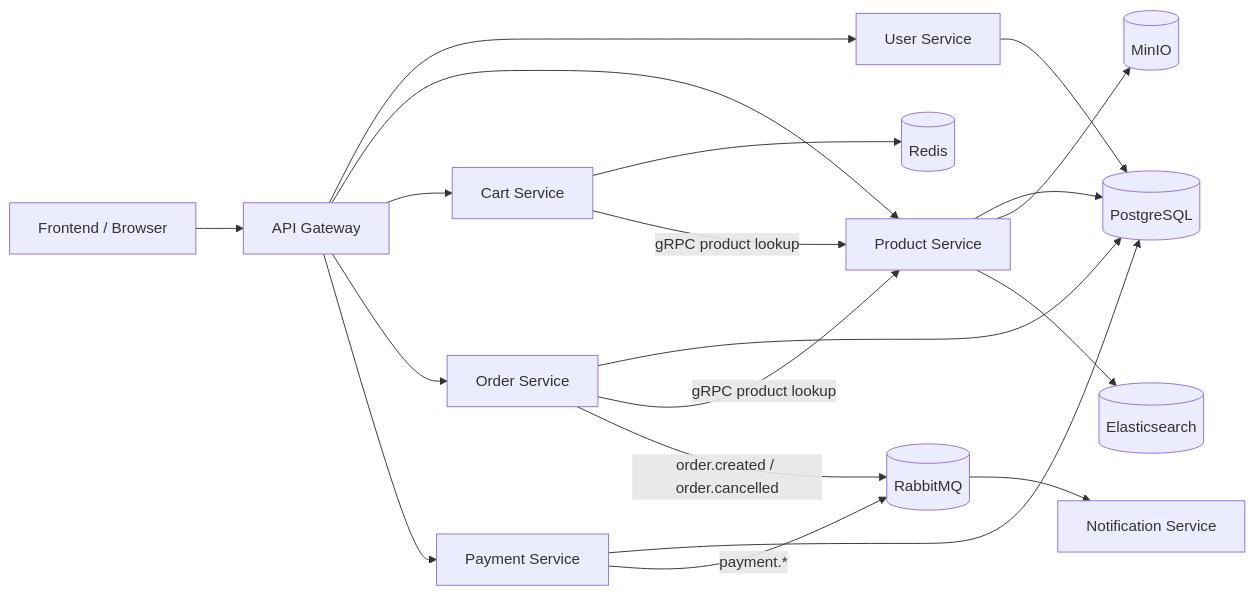
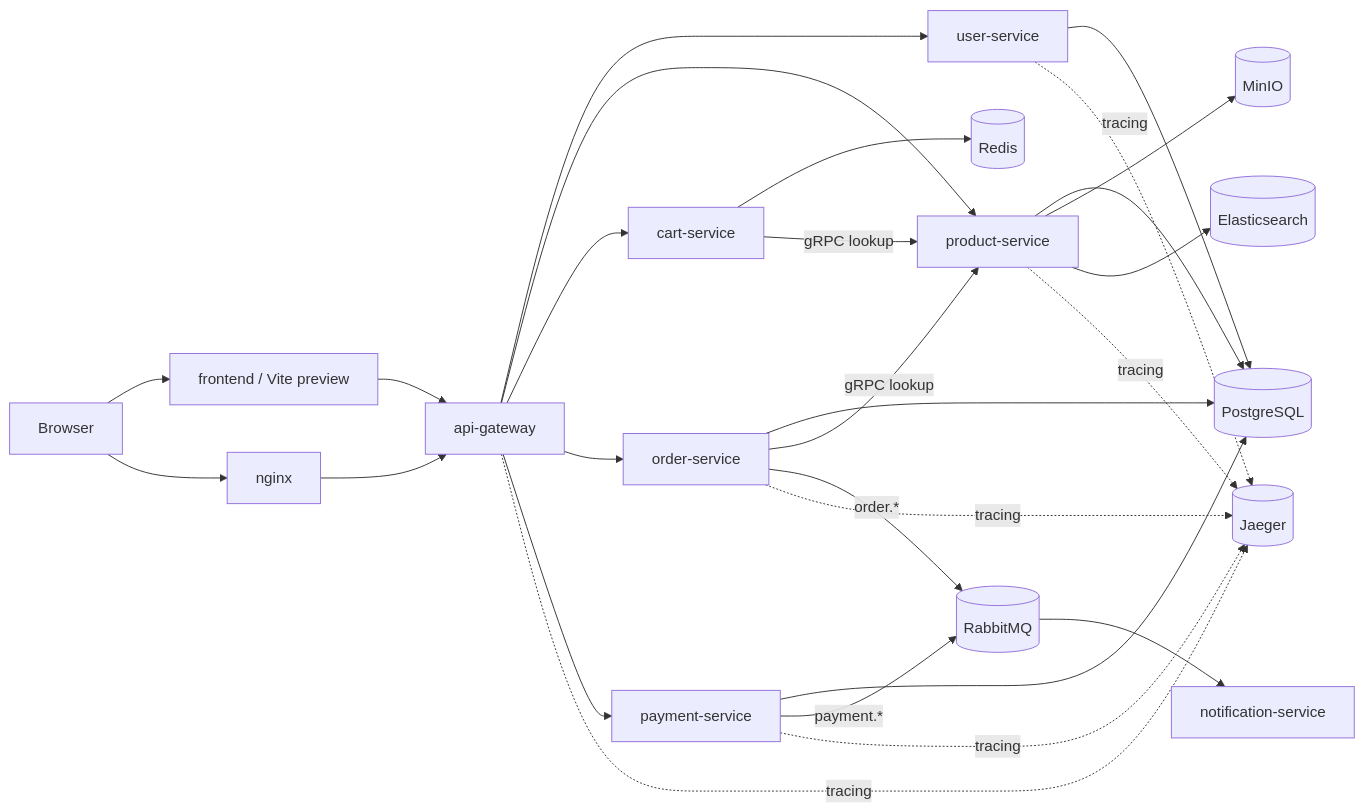
The diagram in docs/deep-dive/system-overview.md (NguyenDung278/E-CommerceMicroservicesPlatform), drawn with Mermaid before and after one commit. The commit also changed other lines of this file and 133 other files, not shown here.

Commit message:
refactor: restructure frontend architecture by migrating to a feature-based modular design and centralizing the API layer.

````diff
--- a/docs/deep-dive/system-overview.md
+++ b/docs/deep-dive/system-overview.md
@@ -7,39 +7,52 @@
 ```mermaid
 flowchart LR
-    FE[Frontend / Browser]
-    Gateway[API Gateway]
-    User[User Service]
-    Product[Product Service]
-    Cart[Cart Service]
-    Order[Order Service]
-    Payment[Payment Service]
-    Notification[Notification Service]
+    Browser[Browser]
+    Frontend[frontend / Vite preview]
+    Nginx[nginx]
+    Gateway[api-gateway]
+    User[user-service]
+    Product[product-service]
+    Cart[cart-service]
+    Order[order-service]
+    Payment[payment-service]
+    Notification[notification-service]
     PG[(PostgreSQL)]
     Redis[(Redis)]
     MQ[(RabbitMQ)]
     MinIO[(MinIO)]
     ES[(Elasticsearch)]
+    Jaeger[(Jaeger)]
 
-    FE --> Gateway
+    Browser --> Frontend
+    Browser --> Nginx
+    Frontend --> Gateway
+    Nginx --> Gateway
+
     Gateway --> User
     Gateway --> Product
     Gateway --> Cart
     Gateway --> Order
     Gateway --> Payment
 
     User --> PG
     Product --> PG
     Order --> PG
     Payment --> PG
 
     Cart --> Redis
-    Cart -->|gRPC product lookup| Product
-    Order -->|gRPC product lookup| Product
+    Cart -->|gRPC lookup| Product
+    Order -->|gRPC lookup| Product
 
-    Order -->|order.created / order.cancelled| MQ
+    Product --> MinIO
+    Product --> ES
+
+    Order -->|order.*| MQ
     Payment -->|payment.*| MQ
     MQ --> Notification
 
-    Product --> MinIO
-    Product --> ES
+    Gateway -. tracing .-> Jaeger
+    User -. tracing .-> Jaeger
+    Product -. tracing .-> Jaeger
+    Order -. tracing .-> Jaeger
+    Payment -. tracing .-> Jaeger
 ```
````
